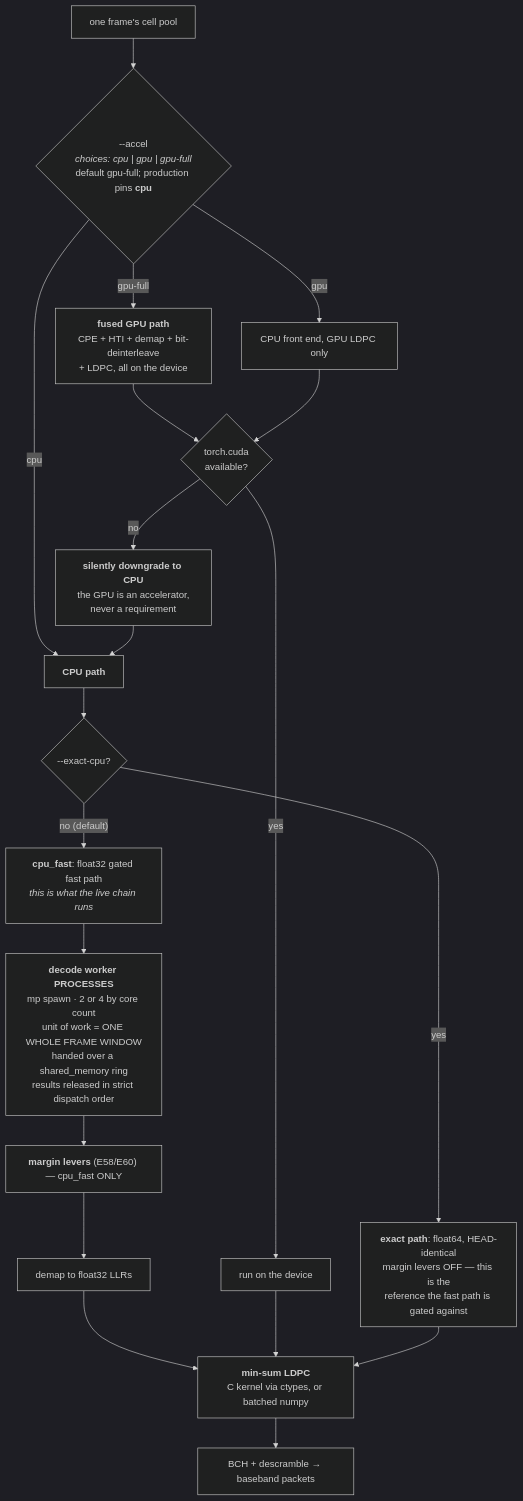
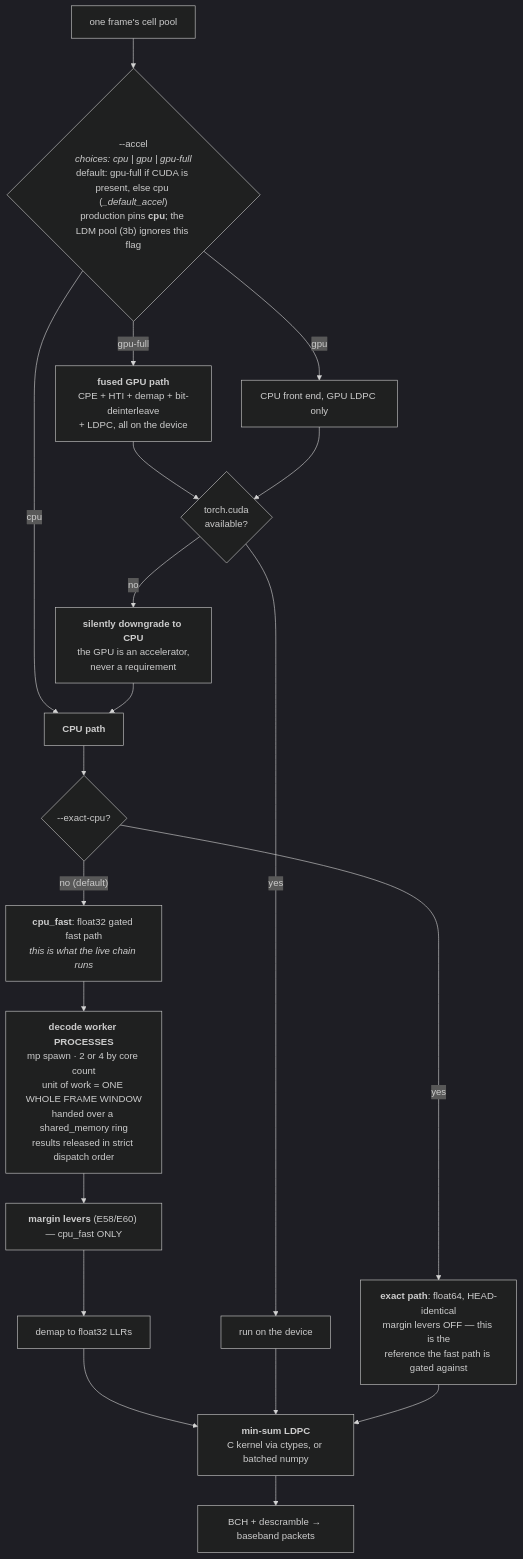
The fourth of 16 diagrams in docs/ARCHITECTURE.md (Felbs/atsc3), drawn with Mermaid (dark theme) before and after one commit. The commit also changed other lines of this file and 7 other files, not shown here.

````diff
--- a/docs/ARCHITECTURE.md
+++ b/docs/ARCHITECTURE.md
@@ -161,27 +161,27 @@
 ```mermaid
 flowchart TD
     IN["one frame's cell pool"]
-    IN --> SEL{"--accel<br/><i>choices: cpu | gpu | gpu-full</i><br/>default gpu-full; production pins <b>cpu</b>"}
+    IN --> SEL{"--accel<br/><i>choices: cpu | gpu | gpu-full</i><br/>default: gpu-full if CUDA is present, else cpu (<i>_default_accel</i>)<br/>production pins <b>cpu</b>; the LDM pool (3b) ignores this flag"}
 
     SEL -->|"gpu-full"| GF["<b>fused GPU path</b><br/>CPE + HTI + demap + bit-deinterleave<br/>+ LDPC, all on the device"]
     SEL -->|"gpu"| GH["CPU front end, GPU LDPC only"]
     SEL -->|"cpu"| CP["<b>CPU path</b>"]
 
     GF --> AVAIL{"torch.cuda<br/>available?"}
     GH --> AVAIL
     AVAIL -->|no| DOWN["<b>silently downgrade to CPU</b><br/>the GPU is an accelerator,<br/>never a requirement"]
     AVAIL -->|yes| GPUOK["run on the device"]
     DOWN --> CP
 
     CP --> FAST{"--exact-cpu?"}
     FAST -->|"yes"| EXACT["<b>exact path</b>: float64, HEAD-identical<br/>margin levers OFF &mdash; this is the<br/>reference the fast path is gated against"]
     FAST -->|"no (default)"| CPUF["<b>cpu_fast</b>: float32 gated fast path<br/><i>this is what the live chain runs</i>"]
 
     CPUF --> PROCS["<b>decode worker PROCESSES</b><br/>mp spawn &middot; 2 or 4 by core count<br/>unit of work = ONE WHOLE FRAME WINDOW<br/>handed over a shared_memory ring<br/>results released in strict dispatch order"]
     PROCS --> LEV["<b>margin levers</b> (E58/E60) &mdash; cpu_fast ONLY"]
     LEV --> DEMAP["demap to float32 LLRs"]
     DEMAP --> LDPC["<b>min-sum LDPC</b><br/>C kernel via ctypes, or batched numpy"]
     GPUOK --> LDPC
     EXACT --> LDPC
     LDPC --> OUT["BCH + descramble &rarr; baseband packets"]
 ```
````
